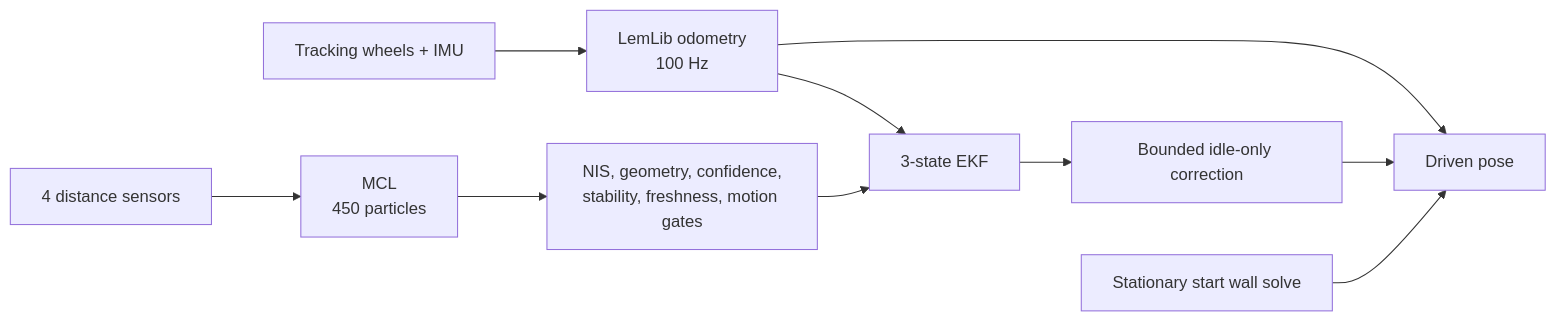
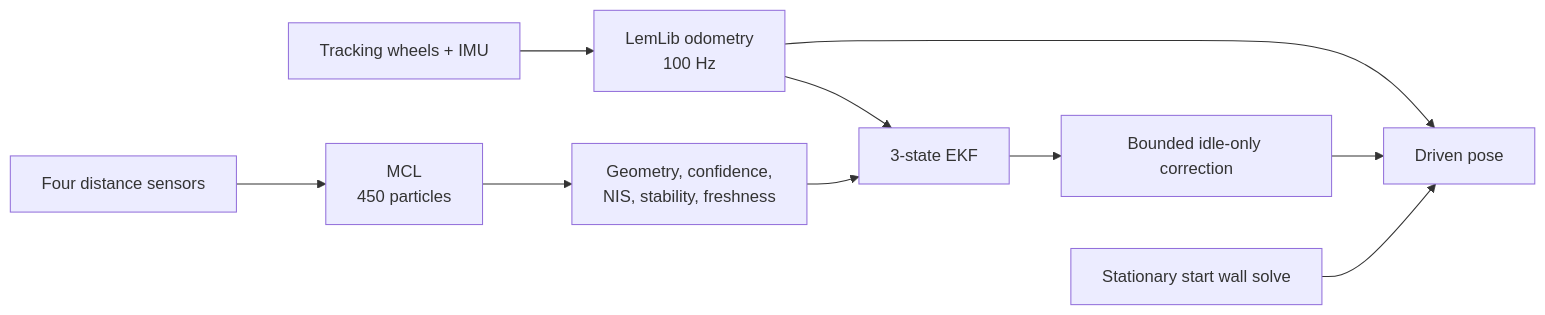
Before and after one commit to NlGanma/vex-v5-localization: the diagram in README.md, drawn with Mermaid. The commit also changed other lines of this file and 43 other files, not shown here.

````diff
--- a/README.md
+++ b/README.md
@@ -21,12 +48,12 @@
 ```mermaid
 flowchart LR
     W["Tracking wheels + IMU"] --> O["LemLib odometry<br/>100 Hz"]
     O --> E["3-state EKF"]
     O --> P["Driven pose"]
-    D["4 distance sensors"] --> M["MCL<br/>450 particles"]
-    M --> G["NIS, geometry, confidence,<br/>stability, freshness, motion gates"]
+    D["Four distance sensors"] --> M["MCL<br/>450 particles"]
+    M --> G["Geometry, confidence,<br/>NIS, stability, freshness"]
     G --> E
-    E --> B["Bounded idle-only correction"]
-    B --> P
+    E --> C["Bounded idle-only correction"]
+    C --> P
     S["Stationary start wall solve"] --> P
 ```
````
